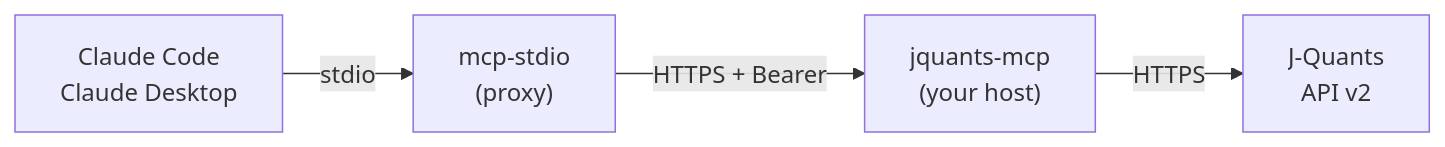
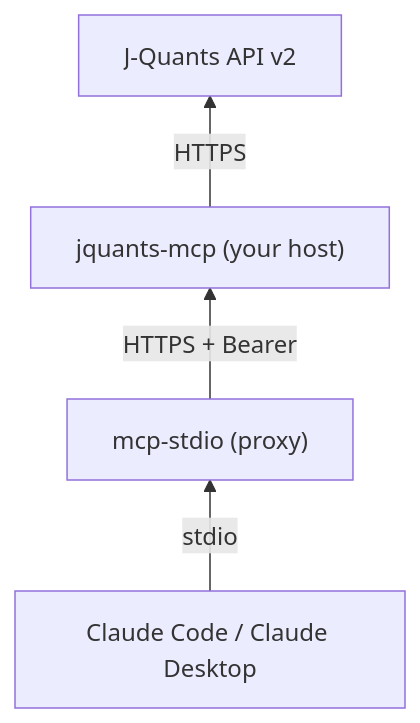
The third of 5 diagrams in docs/deploy/overview.md (shigechika/jquants-mcp), drawn with Mermaid before and after one commit. The commit also changed other lines of this file and 5 other files, not shown here.

First line of the commit message:
docs(deploy): add Docker shape, BT mermaid diagrams, and Japanese translations

````diff
--- a/docs/deploy/overview.md
+++ b/docs/deploy/overview.md
@@ -28,6 +52,11 @@
 ```mermaid
-graph LR
-    A["Claude Code<br/>Claude Desktop"] -->|stdio| B["mcp-stdio<br/>(proxy)"]
-    B -->|"HTTPS + Bearer"| C["jquants-mcp<br/>(your host)"]
-    C -->|HTTPS| D["J-Quants<br/>API v2"]
+graph BT
+    D["J-Quants API v2"]
+    C["jquants-mcp (your host)"]
+    B["mcp-stdio (proxy)"]
+    A["Claude Code / Claude Desktop"]
+
+    A -->|stdio| B
+    B -->|"HTTPS + Bearer"| C
+    C -->|HTTPS| D
 ```
````
